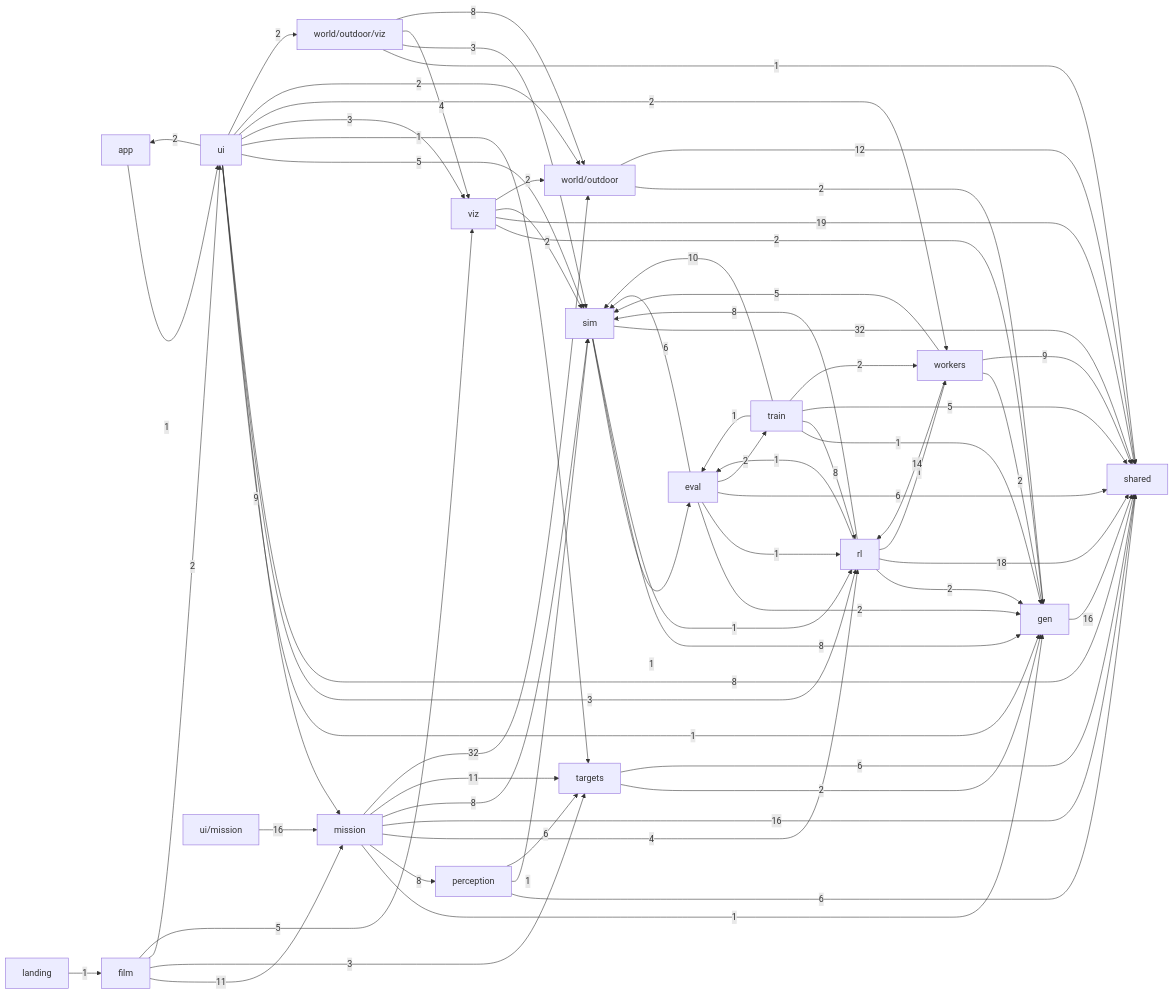
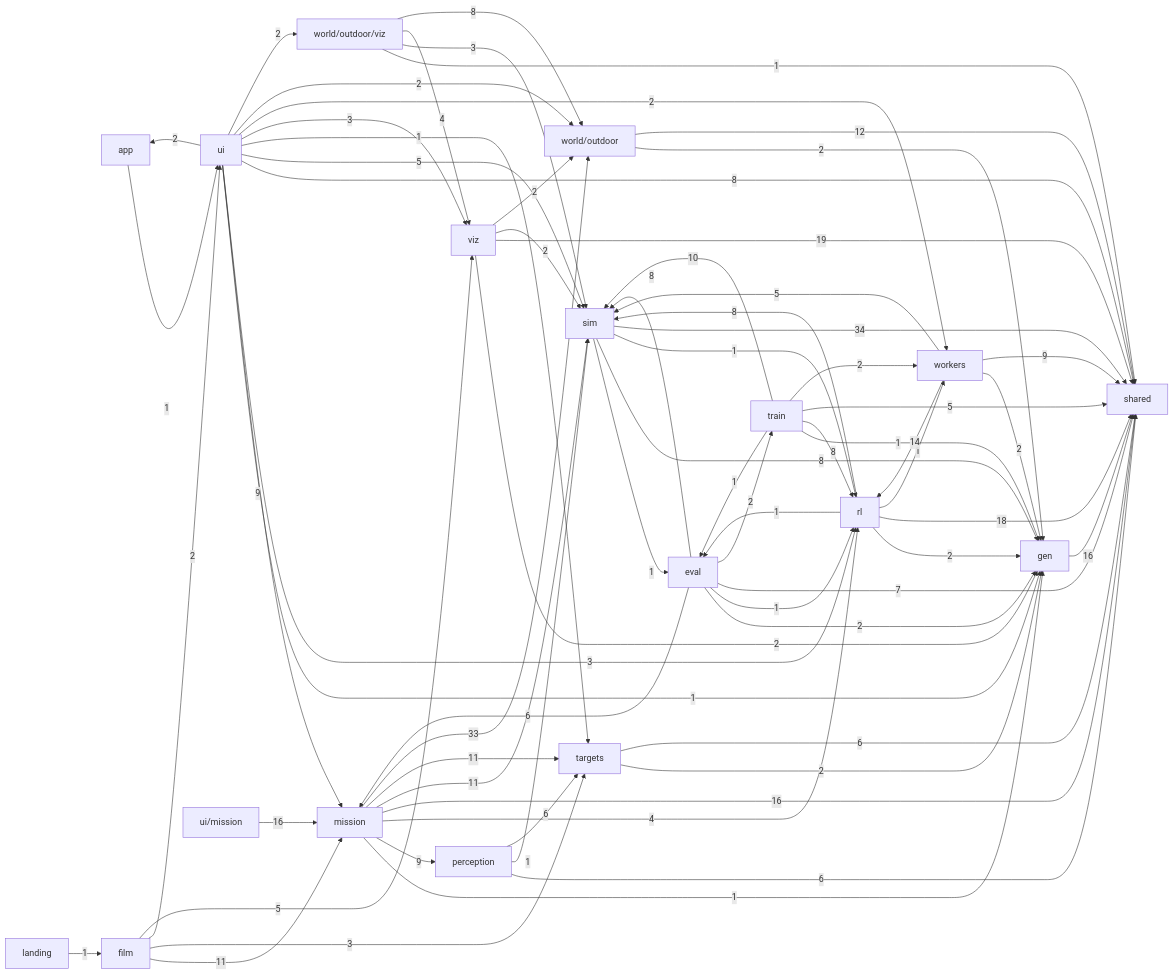
The second of 2 diagrams in docs/ARCHITECTURE.md (alexnieves-cs/frontier-fly), drawn with Mermaid before and after one commit. The commit also changed other lines of this file and 22 other files, not shown here.

```diff
--- a/docs/ARCHITECTURE.md
+++ b/docs/ARCHITECTURE.md
@@ -94,9 +94,10 @@
   world_outdoor_viz["world/outdoor/viz"]
   app -->|1| ui
   eval -->|2| gen
+  eval -->|6| mission
   eval -->|1| rl
-  eval -->|6| shared
-  eval -->|6| sim
+  eval -->|7| shared
+  eval -->|8| sim
   eval -->|2| train
   film -->|11| mission
   film -->|3| targets
@@ -105,12 +106,12 @@
   gen -->|16| shared
   landing -->|1| film
   mission -->|1| gen
-  mission -->|8| perception
+  mission -->|9| perception
   mission -->|4| rl
   mission -->|16| shared
-  mission -->|8| sim
+  mission -->|11| sim
   mission -->|11| targets
-  mission -->|32| world_outdoor
+  mission -->|33| world_outdoor
   perception -->|6| shared
   perception -->|1| sim
   perception -->|6| targets
@@ -122,7 +123,7 @@
   sim -->|1| eval
   sim -->|8| gen
   sim -->|1| rl
-  sim -->|32| shared
+  sim -->|34| shared
   targets -->|2| gen
   targets -->|6| shared
   train -->|1| eval
```
